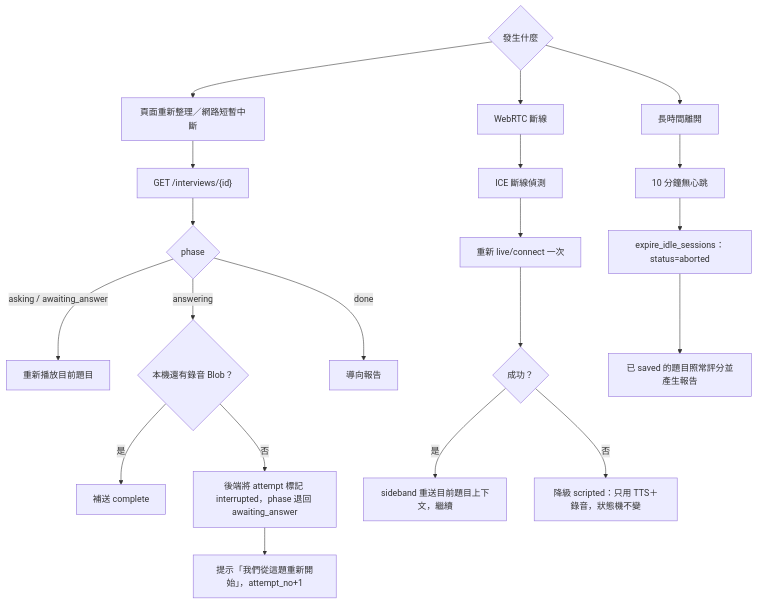
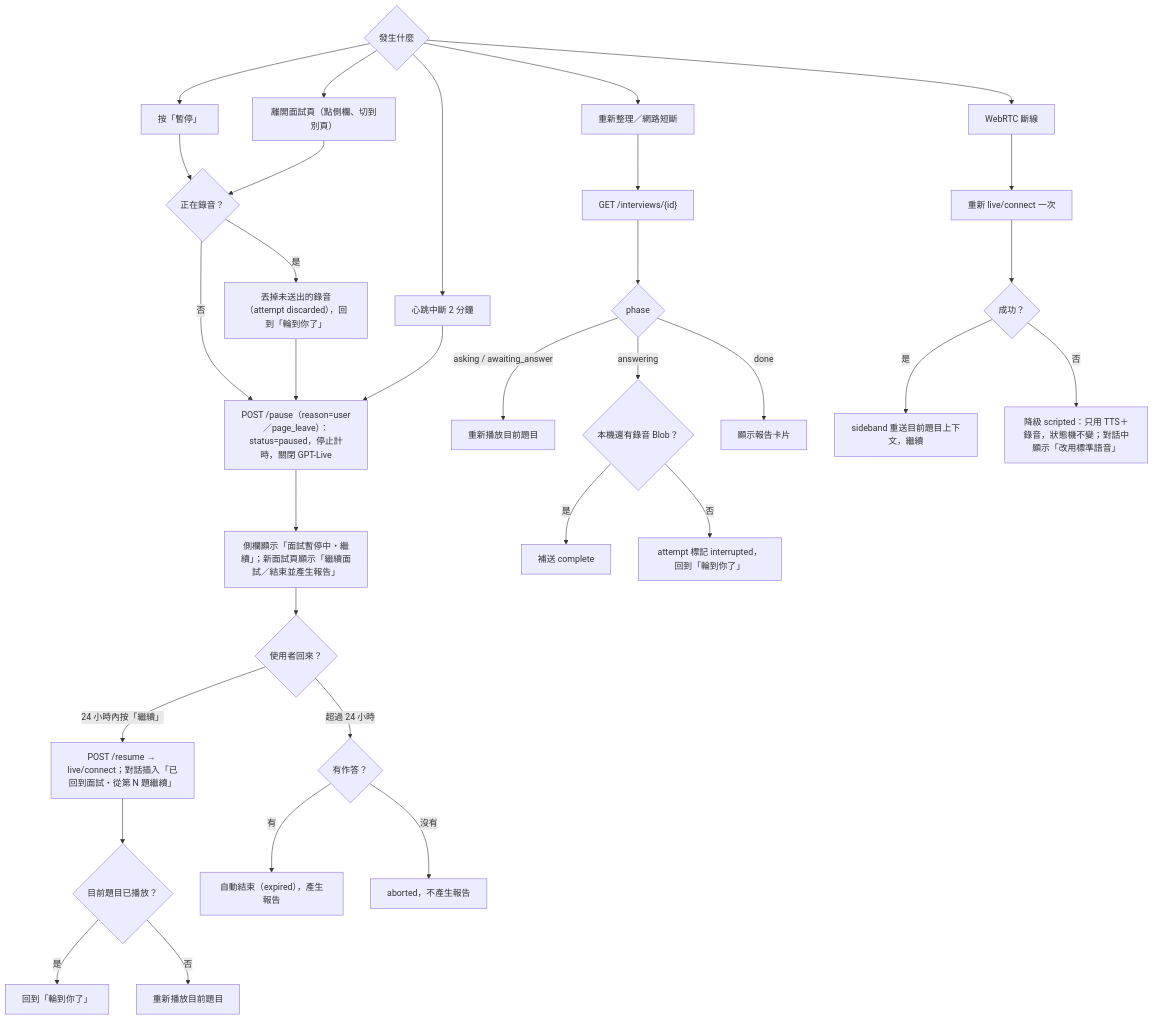
Diagram 20 of 29 in spec/flows.md (WilliamTsai1227/AI_Interview), drawn with Mermaid before and after one commit. The commit also changed other lines of this file and 4 other files, not shown here.

````diff
--- a/spec/flows.md
+++ b/spec/flows.md
@@ -577,25 +616,37 @@
 ```mermaid
 flowchart TD
-    A{"發生什麼"} --> B["頁面重新整理／網路短暫中斷"]
-    A --> C["WebRTC 斷線"]
-    A --> D["長時間離開"]
+    A{"發生什麼"} --> B["按「暫停」"]
+    A --> C["離開面試頁（點側欄、切到別頁）"]
+    A --> D["重新整理／網路短斷"]
+    A --> E["心跳中斷 2 分鐘"]
+    A --> F["WebRTC 斷線"]
 
-    B --> B1["GET /interviews/{id}"]
-    B1 --> B2{"phase"}
-    B2 -->|"asking / awaiting_answer"| B3["重新播放目前題目"]
-    B2 -- answering --> B4{"本機還有錄音 Blob？"}
-    B4 -- 是 --> B5["補送 complete"]
-    B4 -- 否 --> B6["後端將 attempt 標記 interrupted，phase 退回 awaiting_answer"]
-    B6 --> B7["提示「我們從這題重新開始」，attempt_no+1"]
-    B2 -- done --> B8["導向報告"]
+    B & C --> P1{"正在錄音？"}
+    P1 -- 是 --> P2["丟掉未送出的錄音（attempt discarded），回到「輪到你了」"]
+    P1 -- 否 --> P3
+    P2 --> P3["POST /pause（reason=user／page_leave）：status=paused，停止計時，關閉 GPT-Live"]
+    E --> P3
+    P3 --> P4["側欄顯示「面試暫停中・繼續」；新面試頁顯示「繼續面試／結束並產生報告」"]
 
-    C --> C1["ICE 斷線偵測"]
-    C1 --> C2["重新 live/connect 一次"]
-    C2 --> C3{"成功？"}
-    C3 -- 是 --> C4["sideband 重送目前題目上下文，繼續"]
-    C3 -- 否 --> C5["降級 scripted：只用 TTS＋錄音，狀態機不變"]
+    D --> D1["GET /interviews/{id}"]
+    D1 --> D2{"phase"}
+    D2 -->|"asking / awaiting_answer"| D3["重新播放目前題目"]
+    D2 -->|"answering"| D4{"本機還有錄音 Blob？"}
+    D4 -- 是 --> D5["補送 complete"]
+    D4 -- 否 --> D6["attempt 標記 interrupted，回到「輪到你了」"]
+    D2 -->|"done"| D7["顯示報告卡片"]
 
-    D --> D1["10 分鐘無心跳"]
-    D1 --> D2["expire_idle_sessions：status=aborted"]
-    D2 --> D3["已 saved 的題目照常評分並產生報告"]
+    F --> F1["重新 live/connect 一次"]
+    F1 --> F2{"成功？"}
+    F2 -- 是 --> F3["sideband 重送目前題目上下文，繼續"]
+    F2 -- 否 --> F4["降級 scripted：只用 TTS＋錄音，狀態機不變；對話中顯示「改用標準語音」"]
+
+    P4 --> R{"使用者回來？"}
+    R -->|"24 小時內按「繼續」"| R1["POST /resume → live/connect；對話插入「已回到面試・從第 N 題繼續」"]
+    R1 --> R2{"目前題目已播放？"}
+    R2 -- 是 --> R3["回到「輪到你了」"]
+    R2 -- 否 --> R4["重新播放目前題目"]
+    R -->|"超過 24 小時"| X{"有作答？"}
+    X -- 有 --> X1["自動結束（expired），產生報告"]
+    X -- 沒有 --> X2["aborted，不產生報告"]
 ```
````
